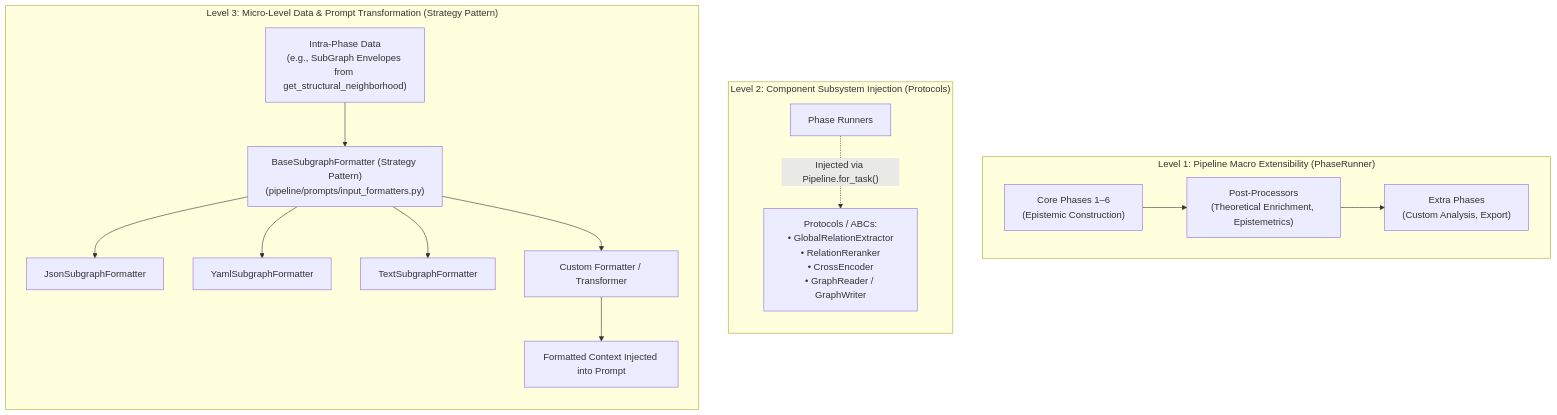
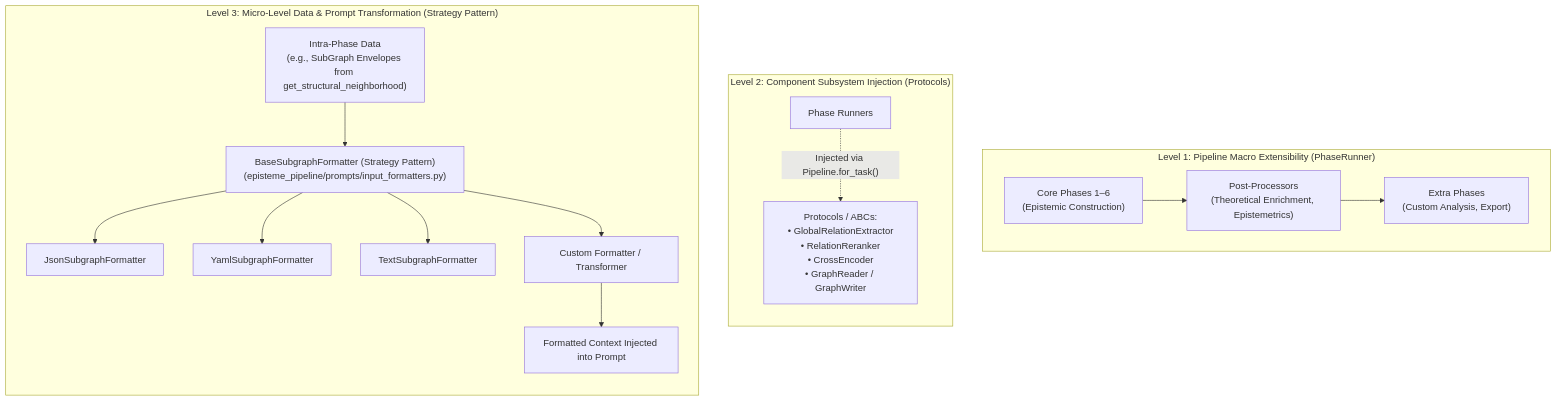
The third of 3 diagrams in docs/architecture/pipeline_architecture.md (maxoem/EpistemeX), drawn with Mermaid before and after one commit. The commit also changed other lines of this file and 21 other files, not shown here.

Commit message:
docs(issue-053): add ADR-0024 and sync architecture, workflow, reference, roadmap, and issue docs

````diff
--- a/docs/architecture/pipeline_architecture.md
+++ b/docs/architecture/pipeline_architecture.md
@@ -235,30 +280,30 @@
 ```mermaid
 flowchart TD
     subgraph MacroLevel ["Level 1: Pipeline Macro Extensibility (PhaseRunner)"]
         direction LR
         CoreP["Core Phases 1–6<br/>(Epistemic Construction)"] --> PostP["Post-Processors<br/>(Theoretical Enrichment, Epistemetrics)"]
         PostP --> ExtraP["Extra Phases<br/>(Custom Analysis, Export)"]
     end
 
     subgraph ComponentLevel ["Level 2: Component Subsystem Injection (Protocols)"]
         direction TB
         Runners["Phase Runners"]
         Protocols["Protocols / ABCs:<br/>• GlobalRelationExtractor<br/>• RelationReranker<br/>• CrossEncoder<br/>• GraphReader / GraphWriter"]
         Runners -.->|"Injected via Pipeline.for_task()"| Protocols
     end
 
     subgraph MicroLevel ["Level 3: Micro-Level Data & Prompt Transformation (Strategy Pattern)"]
         direction TB
         RawData["Intra-Phase Data<br/>(e.g., SubGraph Envelopes from get_structural_neighborhood)"]
-        Strategy["BaseSubgraphFormatter (Strategy Pattern)<br/>(pipeline/prompts/input_formatters.py)"]
+        Strategy["BaseSubgraphFormatter (Strategy Pattern)<br/>(episteme_pipeline/prompts/input_formatters.py)"]
         FmtJSON["JsonSubgraphFormatter"]
         FmtYAML["YamlSubgraphFormatter"]
         FmtText["TextSubgraphFormatter"]
         FmtCustom["Custom Formatter / Transformer"]
         PromptContext["Formatted Context Injected into Prompt"]
 
         RawData --> Strategy
         Strategy --> FmtJSON & FmtYAML & FmtText & FmtCustom
         FmtCustom --> PromptContext
     end
 ```
````
